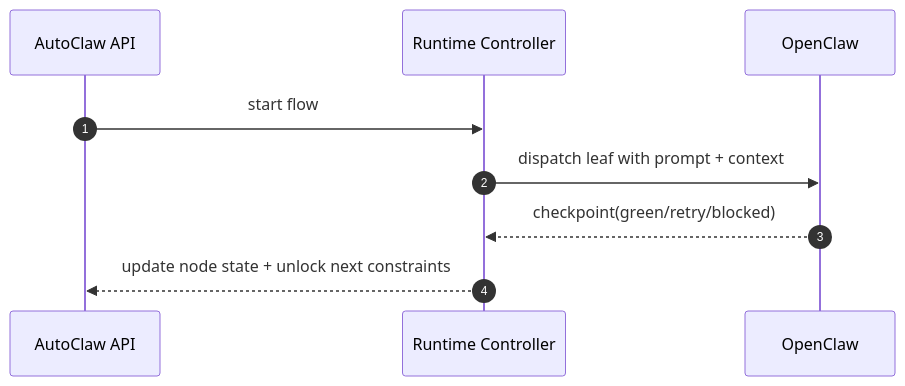
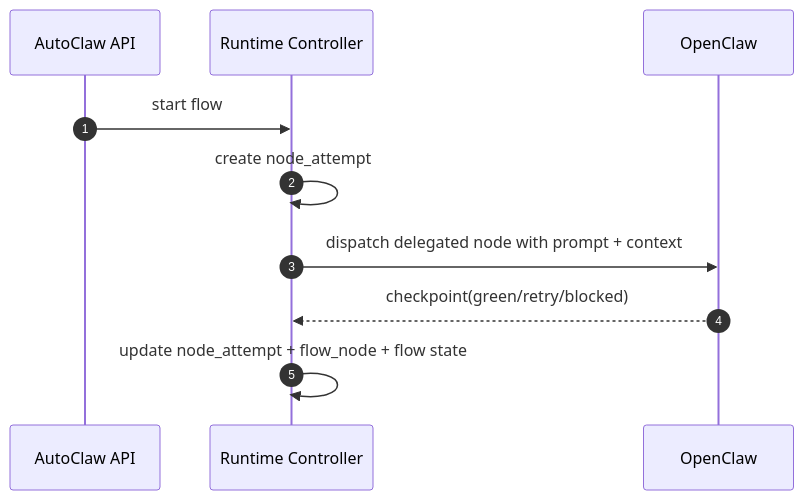
Before and after one commit to ringlochid/AutoClaw: the second of 3 diagrams in docs/architecture/05-diagrams-and-mermaid.md, drawn with Mermaid. The commit also changed other lines of this file and 23 other files, not shown here.

First line of the commit message:
Refactor architecture and documentation for improved clarity and structure

````diff
--- a/docs/architecture/05-diagrams-and-mermaid.md
+++ b/docs/architecture/05-diagrams-and-mermaid.md
@@ -19,12 +17,13 @@
 ```mermaid
 sequenceDiagram
   autonumber
   participant API as AutoClaw API
   participant Ctrl as Runtime Controller
   participant OCL as OpenClaw
 
   API->>Ctrl: start flow
-  Ctrl->>OCL: dispatch leaf with prompt + context
+  Ctrl->>Ctrl: create node_attempt
+  Ctrl->>OCL: dispatch delegated node with prompt + context
   OCL-->>Ctrl: checkpoint(green/retry/blocked)
-  Ctrl-->>API: update node state + unlock next constraints
+  Ctrl->>Ctrl: update node_attempt + flow_node + flow state
 ```
````
